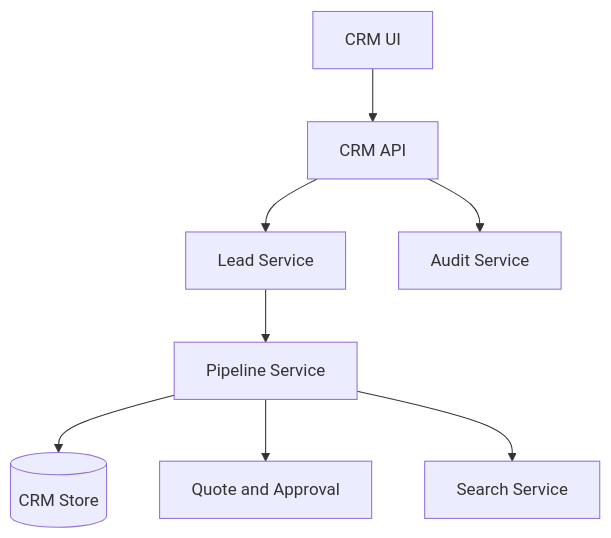
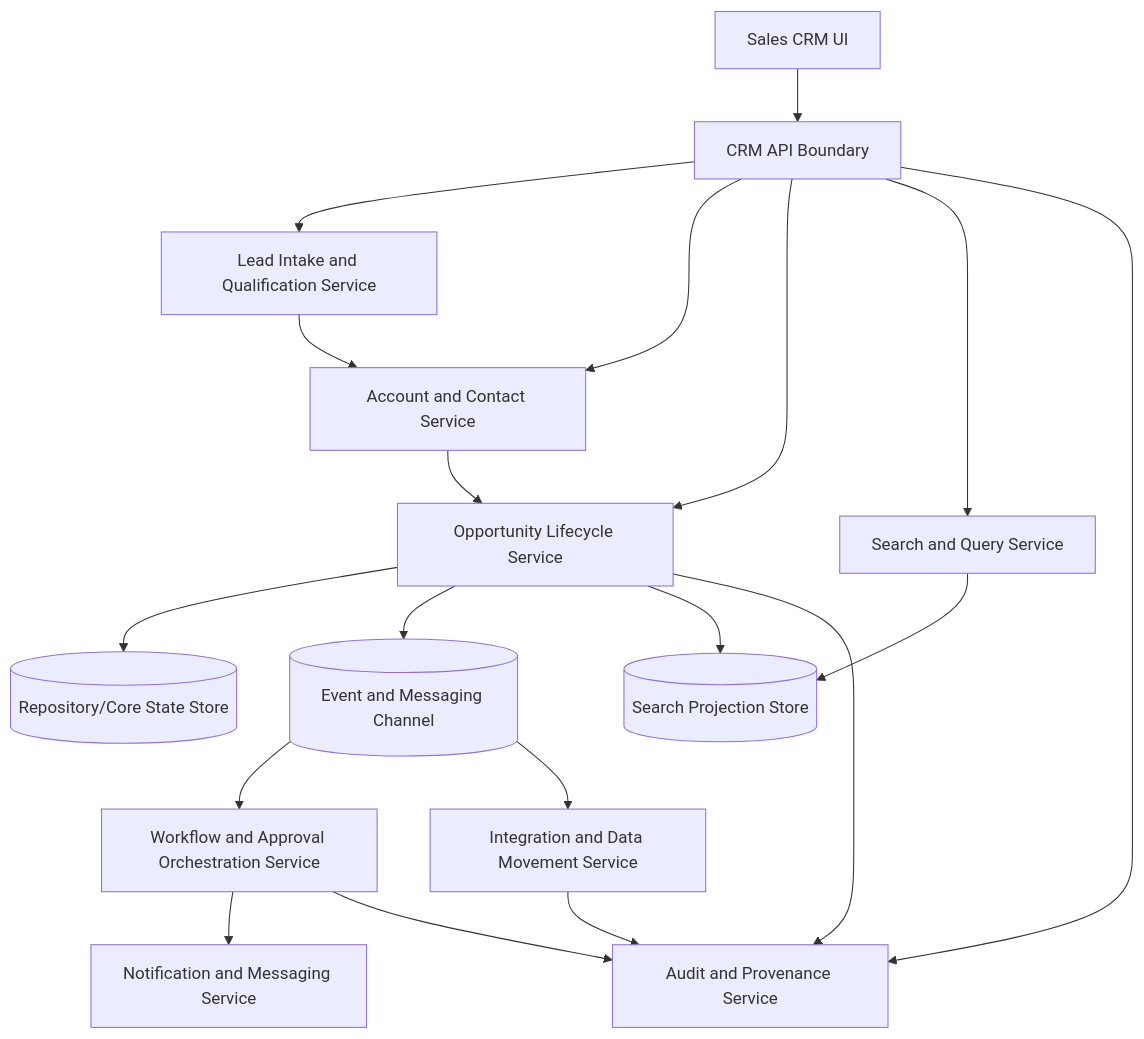
The diagram in playbooks/sales-crm/diagrams/container-view.mmd (MichaelTimbes/solution-cookbook), drawn with Mermaid before and after one commit. The commit also changed 60 other files, not shown here.

```diff
--- a/playbooks/sales-crm/diagrams/container-view.mmd
+++ b/playbooks/sales-crm/diagrams/container-view.mmd
@@ -1,14 +1,41 @@
+%% Sales CRM container view
+%% Shows major sales CRM services, stores, and interaction paths.
 flowchart TB
-    UI[CRM UI]
-    API[CRM API]
-    Lead[Lead Service]
-    Pipeline[Pipeline Service]
-    Quote[Quote and Approval]
-    Search[Search Service]
-    Audit[Audit Service]
-    Store[(CRM Store)]
+    Web[Sales CRM UI]
+    API[CRM API Boundary]
 
-    UI --> API --> Lead --> Pipeline --> Store
-    Pipeline --> Quote
-    Pipeline --> Search
+    Intake[Lead Intake and Qualification Service]
+    Relationships[Account and Contact Service]
+    Opportunity[Opportunity Lifecycle Service]
+    Workflow[Workflow and Approval Orchestration Service]
+    Notify[Notification and Messaging Service]
+    Search[Search and Query Service]
+    Audit[Audit and Provenance Service]
+    Integrations[Integration and Data Movement Service]
+
+    State[(Repository/Core State Store)]
+    Index[(Search Projection Store)]
+    Events[(Event and Messaging Channel)]
+
+    Web --> API
+    API --> Intake
+    API --> Relationships
+    API --> Opportunity
+    API --> Search
+
+    Intake --> Relationships
+    Relationships --> Opportunity
+    Opportunity --> State
+    Opportunity --> Events
+
+    Events --> Workflow
+    Workflow --> Notify
+    Events --> Integrations
+
+    Opportunity --> Index
+    Search --> Index
+
     API --> Audit
+    Opportunity --> Audit
+    Workflow --> Audit
+    Integrations --> Audit
```
